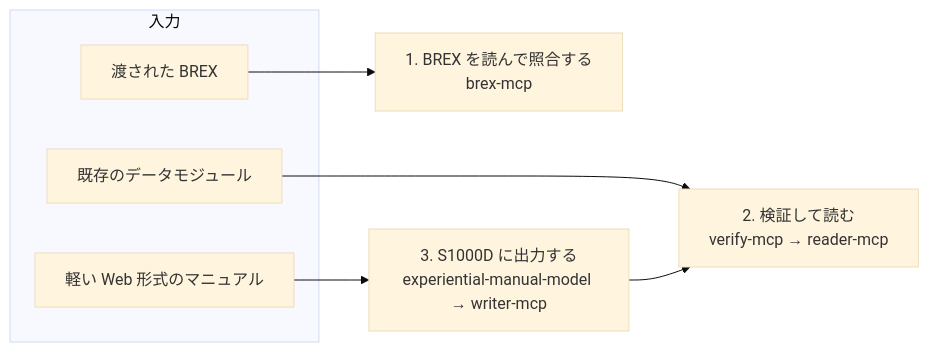
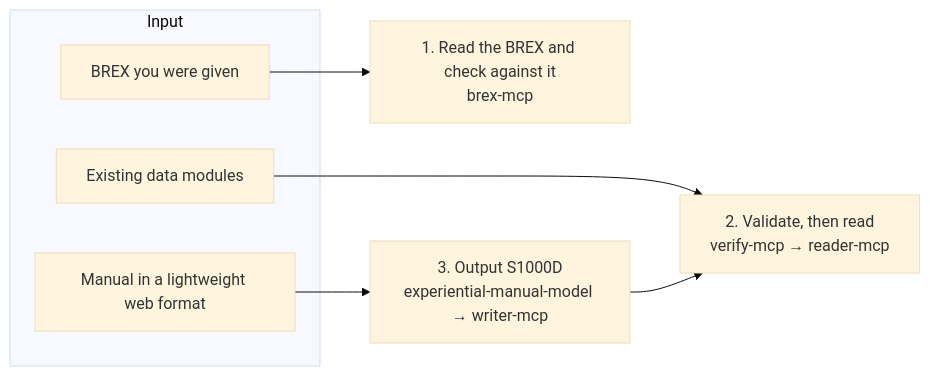
One commit to shuji-bonji/s1000d-stack changed the diagram in site/src/content/docs/use-cases/index.md. Above: the diagram before and after it, drawn with Mermaid (base theme). The commit also changed other lines of this file and 35 other files, not shown here.

````diff
--- a/site/src/content/docs/use-cases/index.md
+++ b/site/src/content/docs/use-cases/index.md
@@ -8,12 +8,12 @@
 ```mermaid
 flowchart LR
-  subgraph In["入力"]
-    BX["渡された BREX"]
-    DM["既存のデータモジュール"]
-    WEB["軽い Web 形式のマニュアル"]
+  subgraph In["Input"]
+    BX["BREX you were given"]
+    DM["Existing data modules"]
+    WEB["Manual in a lightweight web format"]
   end
-  BX --> U1["1. BREX を読んで照合する<br/>brex-mcp"]
-  DM --> U2["2. 検証して読む<br/>verify-mcp → reader-mcp"]
-  WEB --> U3["3. S1000D に出力する<br/>experiential-manual-model → writer-mcp"]
+  BX --> U1["1. Read the BREX and check against it<br/>brex-mcp"]
+  DM --> U2["2. Validate, then read<br/>verify-mcp → reader-mcp"]
+  WEB --> U3["3. Output S1000D<br/>experiential-manual-model → writer-mcp"]
   U3 --> U2
 ```
````
